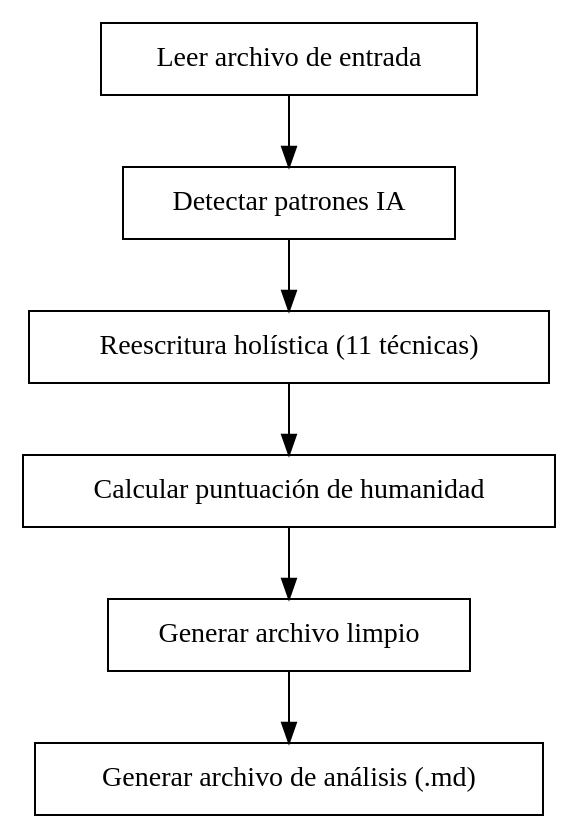
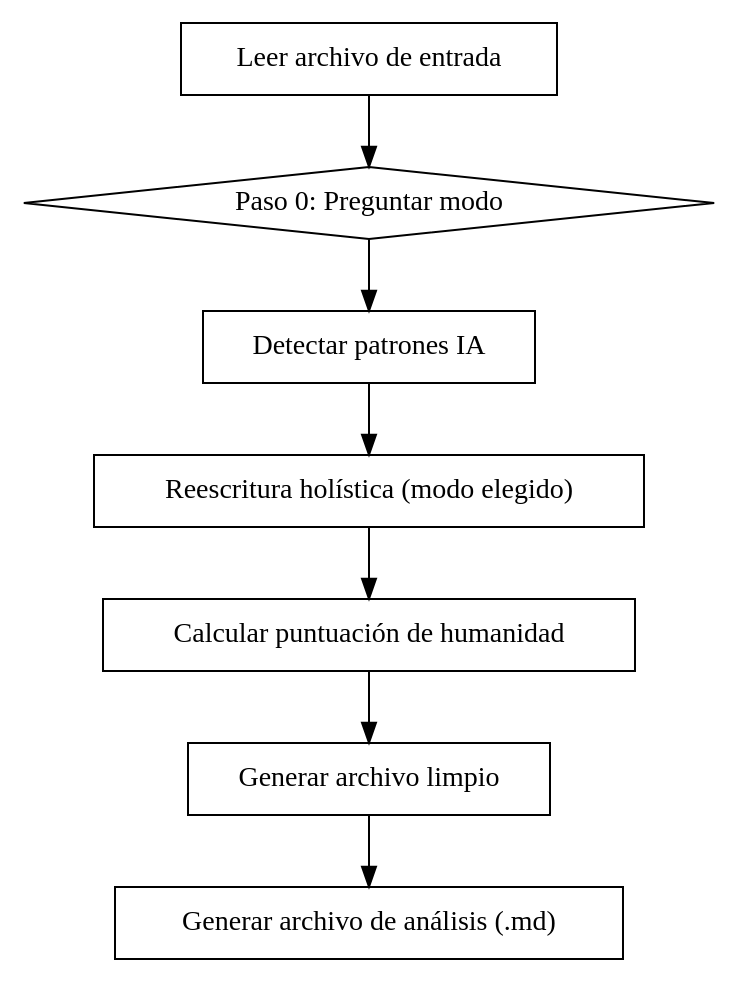
Before and after one commit to ToniPerea/humanizar-texto-es: the diagram in SKILL.md, drawn with Graphviz. The commit also changed other lines of this file, not shown here.

````diff
--- a/SKILL.md
+++ b/SKILL.md
@@ -22,16 +22,18 @@
 ```dot
 digraph humanizar {
     "Leer archivo de entrada" [shape=box];
+    "Paso 0: Preguntar modo" [shape=diamond];
     "Detectar patrones IA" [shape=box];
-    "Reescritura holística (11 técnicas)" [shape=box];
+    "Reescritura holística (modo elegido)" [shape=box];
     "Calcular puntuación de humanidad" [shape=box];
     "Generar archivo limpio" [shape=box];
     "Generar archivo de análisis (.md)" [shape=box];
 
-    "Leer archivo de entrada" -> "Detectar patrones IA";
-    "Detectar patrones IA" -> "Reescritura holística (11 técnicas)";
-    "Reescritura holística (11 técnicas)" -> "Calcular puntuación de humanidad";
+    "Leer archivo de entrada" -> "Paso 0: Preguntar modo";
+    "Paso 0: Preguntar modo" -> "Detectar patrones IA";
+    "Detectar patrones IA" -> "Reescritura holística (modo elegido)";
+    "Reescritura holística (modo elegido)" -> "Calcular puntuación de humanidad";
     "Calcular puntuación de humanidad" -> "Generar archivo limpio";
     "Generar archivo limpio" -> "Generar archivo de análisis (.md)";
 }
 ```
````
